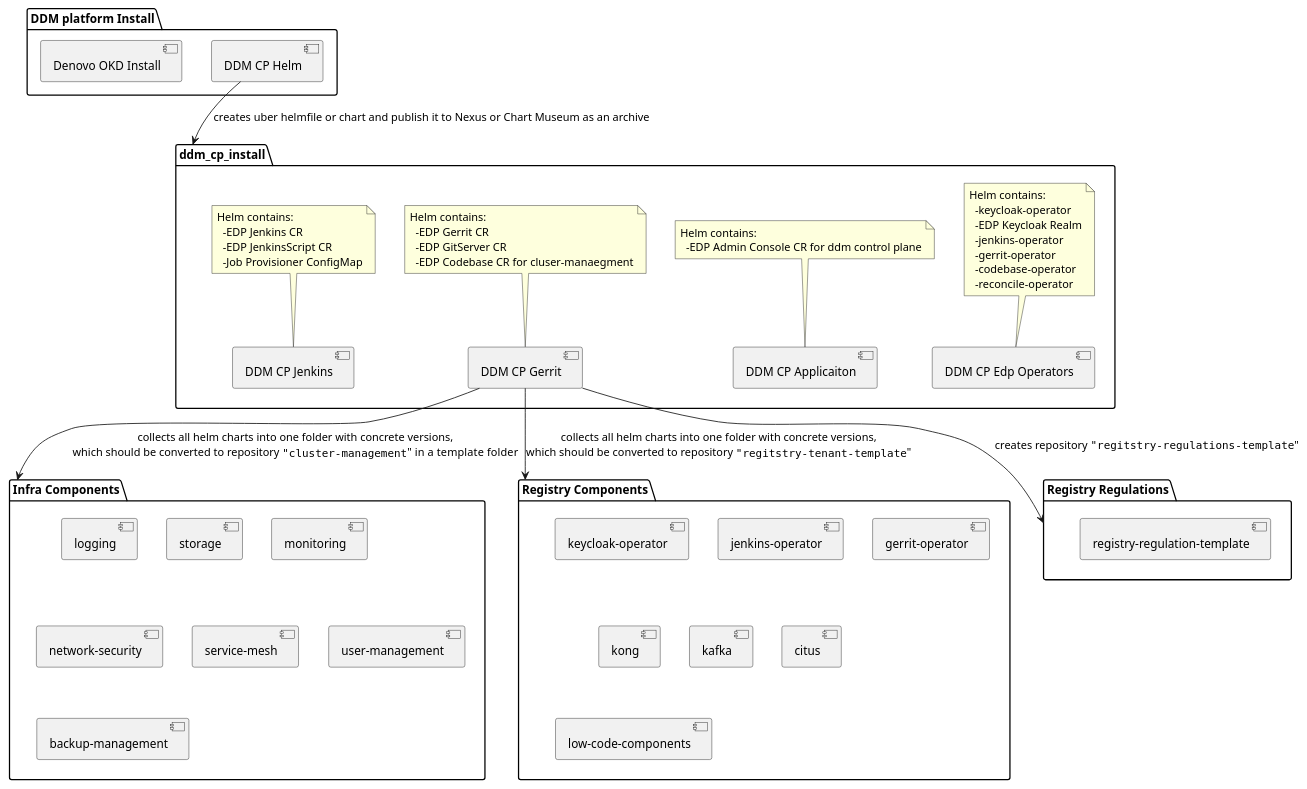
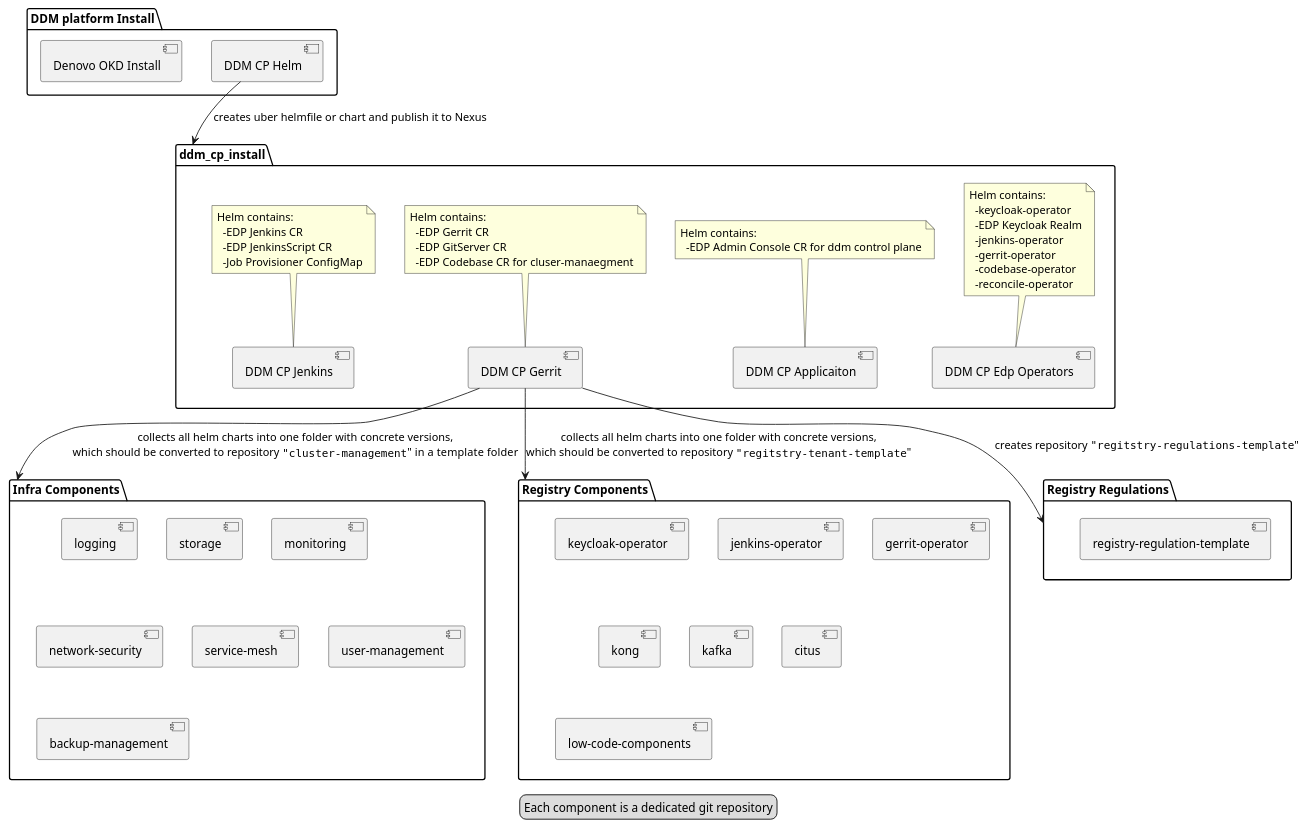
Before and after one commit to epam/edp-ddm-architecture: the diagram in infrastructure/ddm-control-plane-components.puml, drawn with PlantUML. The commit also changed 2 other files, not shown here.

Commit message:
[MDTU-DDM-0000] Космітичні зміни до архітектурних діаграм

```diff
--- a/infrastructure/ddm-control-plane-components.puml
+++ b/infrastructure/ddm-control-plane-components.puml
@@ -1,73 +1,76 @@
 @startuml
 
 package "DDM platform Install" as ddm_platrom_install{
   [Denovo OKD Install] as denovo_okd_install
   [DDM CP Helm] as ddm_cp_helm
 }
-ddm_cp_helm -down-> ddm_cp_install: creates uber helmfile or chart and publish it to Nexus or Chart Museum as an archive
+ddm_cp_helm -down-> ddm_cp_install: creates uber helmfile or chart and publish it to Nexus
 
 package "DDM Control Plane (CP) install" as ddm_cp_install {
   [DDM CP Edp Operators] as ddm_cp_edp_operators
   note top of ddm_cp_edp_operators
     Helm contains:
       -keycloak-operator
       -EDP Keycloak Realm
       -jenkins-operator
       -gerrit-operator
       -codebase-operator
       -reconcile-operator
   end note
   [DDM CP Applicaiton] as ddm_cp_app
   note top of ddm_cp_app
     Helm contains:
       -EDP Admin Console CR for ddm control plane
   end note
   [DDM CP Gerrit] as ddm_gerrit
   note top of ddm_gerrit
     Helm contains:
       -EDP Gerrit CR
       -EDP GitServer CR
       -EDP Codebase CR for cluser-manaegment
   end note
   [DDM CP Jenkins] as ddm_jenkins
   note top of ddm_jenkins
     Helm contains:
       -EDP Jenkins CR
       -EDP JenkinsScript CR
       -Job Provisioner ConfigMap
   end note
 }
 
 package "Infra Components" as infra_components {
   [logging]
   [storage]
   [monitoring]
   [network-security]
   [service-mesh]
   [user-management]
   [backup-management]
 }
 
 denovo_okd_install -[hidden]down-> ddm_cp_install
 ddm_gerrit -down-> infra_components : collects all helm charts into one folder with concrete versions,\nwhich should be converted to repository """cluster-management"""  in a template folder
 
 package "Registry Components" as registry_components {
   [keycloak-operator]
   [jenkins-operator]
   [gerrit-operator]
   [kong]
   [kafka]
   [citus]
   [low-code-components]
 }
 
 ddm_gerrit -down-> registry_components : collects all helm charts into one folder with concrete versions,\nwhich should be converted to repository """regitstry-tenant-template"""
 
 package "Registry Regulations" as registry_regulations {
   [registry-regulation-template]
 }
 
 ddm_gerrit -down-> registry_regulations : creates repository """regitstry-regulations-template"""
 
+legend
+ Each component is a dedicated git repository
+end legend
 
 @enduml
```
